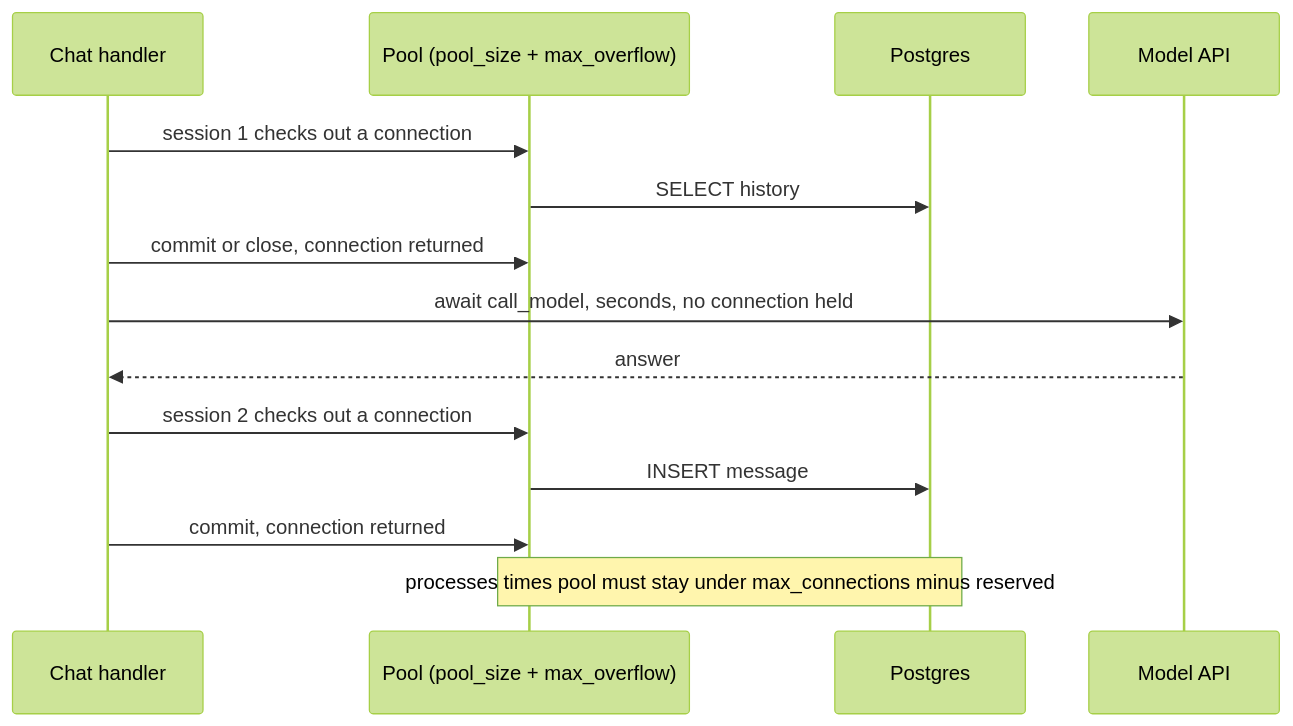
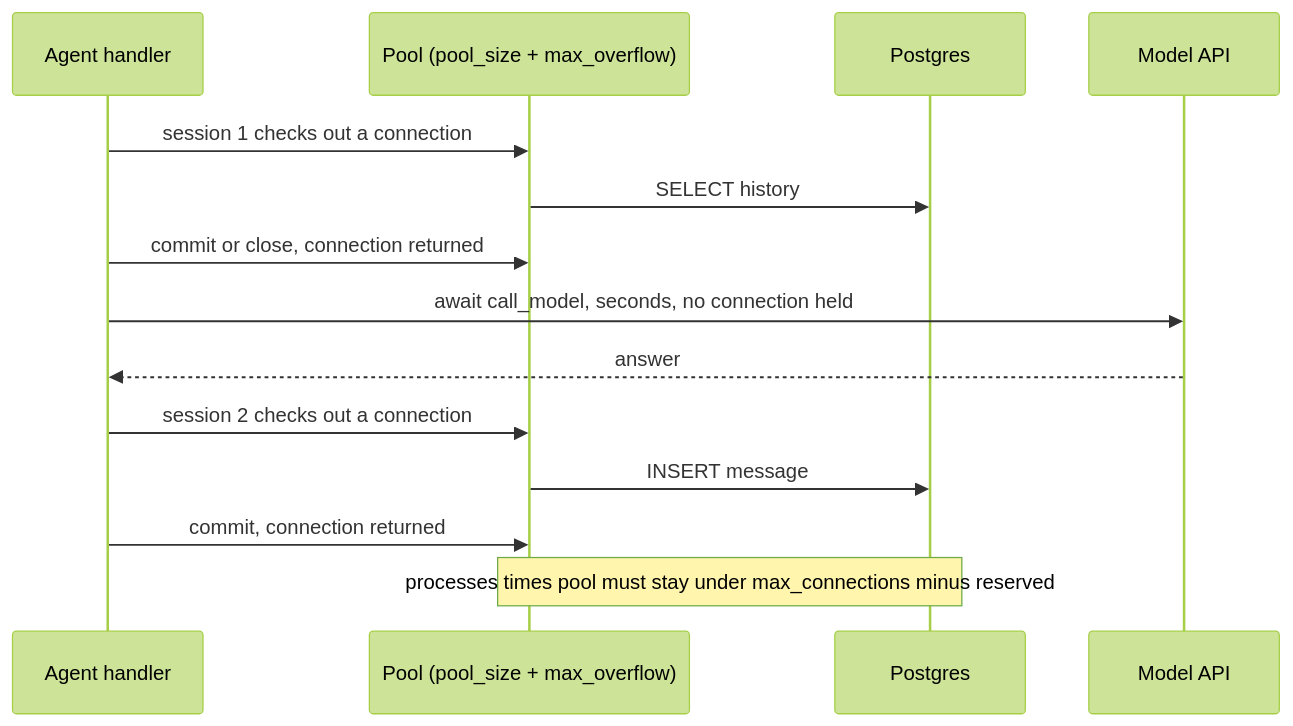
One commit to lovishmahajan97/agentic-learning changed the diagram in content/fastapi-for-ai/async-database-access-and-connection-pooling.md. Above: the diagram before and after it, drawn with Mermaid (forest theme). The commit also changed other lines of this file and 266 other files, not shown here.

````diff
--- a/content/fastapi-for-ai/async-database-access-and-connection-pooling.md
+++ b/content/fastapi-for-ai/async-database-access-and-connection-pooling.md
@@ -137,16 +166,16 @@
 ```mermaid
 sequenceDiagram
-    participant H as Chat handler
+    participant H as Agent handler
     participant P as Pool (pool_size + max_overflow)
     participant D as Postgres
     participant M as Model API
     H->>P: session 1 checks out a connection
     P->>D: SELECT history
     H->>P: commit or close, connection returned
     H->>M: await call_model, seconds, no connection held
     M-->>H: answer
     H->>P: session 2 checks out a connection
     P->>D: INSERT message
     H->>P: commit, connection returned
     Note over P,D: processes times pool must stay under max_connections minus reserved
 ```
````
